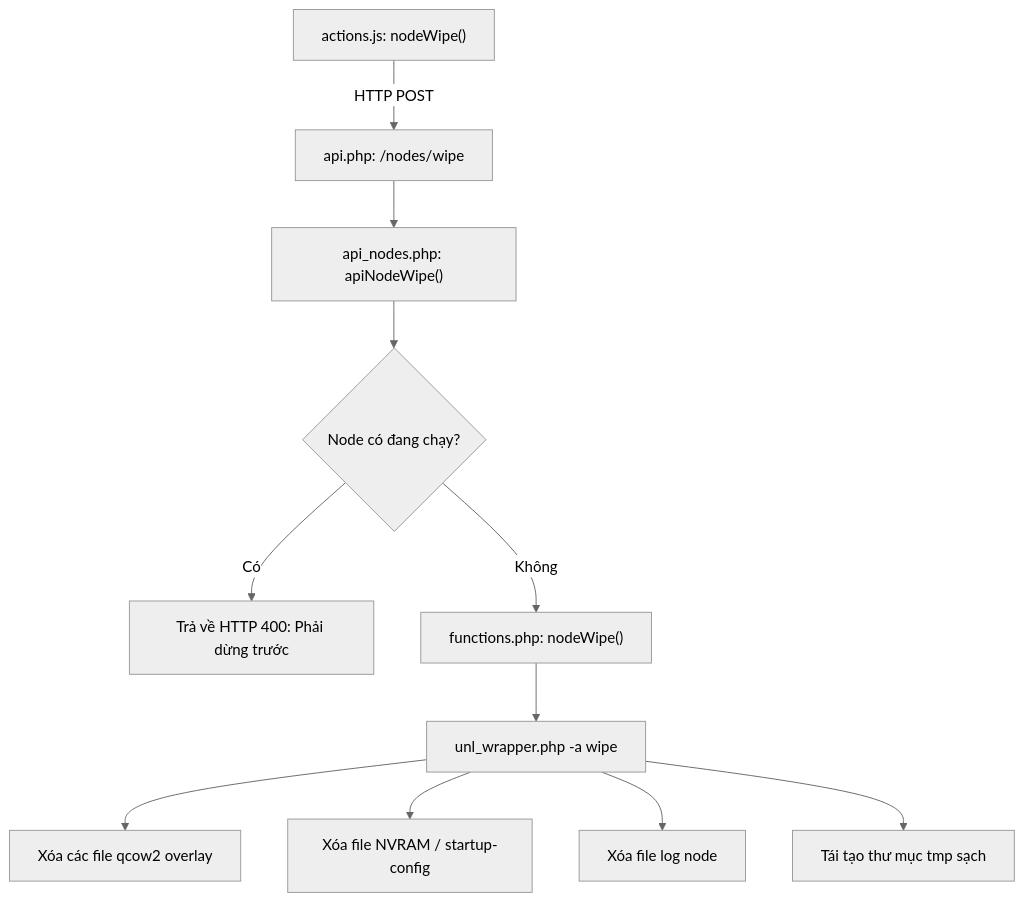
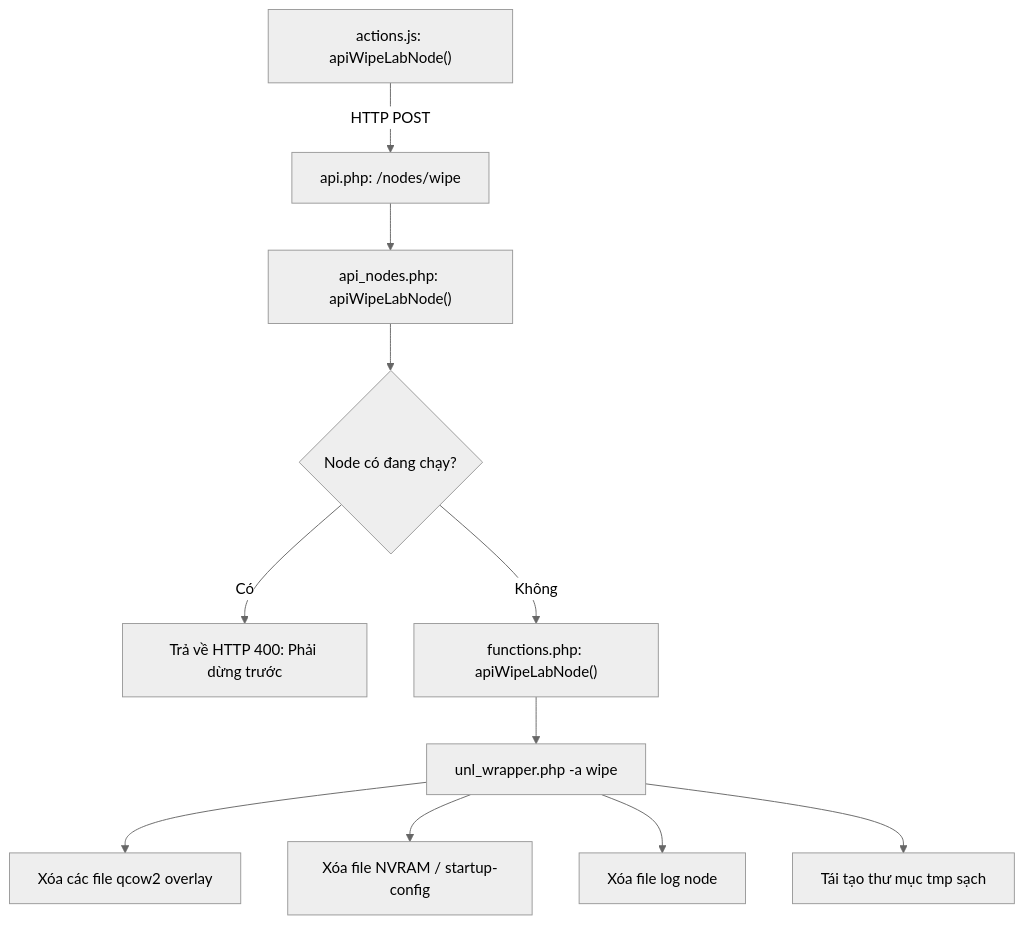
The diagram in docs/03-diagrams/f04-node-wipe-clean-callgraph.md (Luuxinhxinh/pnet-v8), drawn with Mermaid (neutral theme) before and after one commit. The commit also changed 39 other files, not shown here.

````diff
--- a/docs/03-diagrams/f04-node-wipe-clean-callgraph.md
+++ b/docs/03-diagrams/f04-node-wipe-clean-callgraph.md
@@ -9,13 +9,13 @@
 ```mermaid
 graph TD
-    UI["actions.js: nodeWipe()"] -->|HTTP POST| API["api.php: /nodes/wipe"]
-    API --> NODE_API["api_nodes.php: apiNodeWipe()"]
+    UI["actions.js: apiWipeLabNode()"] -->|HTTP POST| API["api.php: /nodes/wipe"]
+    API --> NODE_API["api_nodes.php: apiWipeLabNode()"]
     NODE_API --> CHECK_STATUS{"Node có đang chạy?"}
     CHECK_STATUS -- Có --> ERR["Trả về HTTP 400: Phải dừng trước"]
-    CHECK_STATUS -- Không --> FUNC_WIPE["functions.php: nodeWipe()"]
+    CHECK_STATUS -- Không --> FUNC_WIPE["functions.php: apiWipeLabNode()"]
     FUNC_WIPE --> WRAPPER["unl_wrapper.php -a wipe"]
     WRAPPER --> RM_DISK["Xóa các file qcow2 overlay"]
     WRAPPER --> RM_NVRAM["Xóa file NVRAM / startup-config"]
     WRAPPER --> RM_LOGS["Xóa file log node"]
     WRAPPER --> REINIT_DIR["Tái tạo thư mục tmp sạch"]
 ```
````
